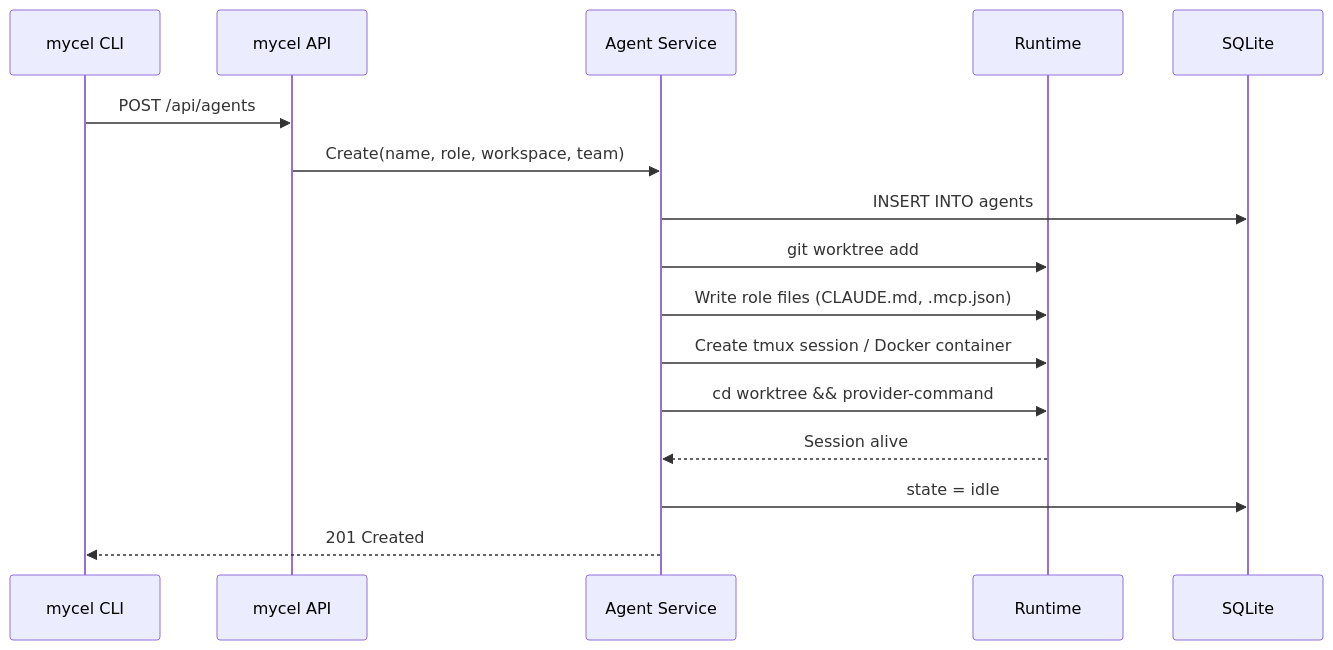
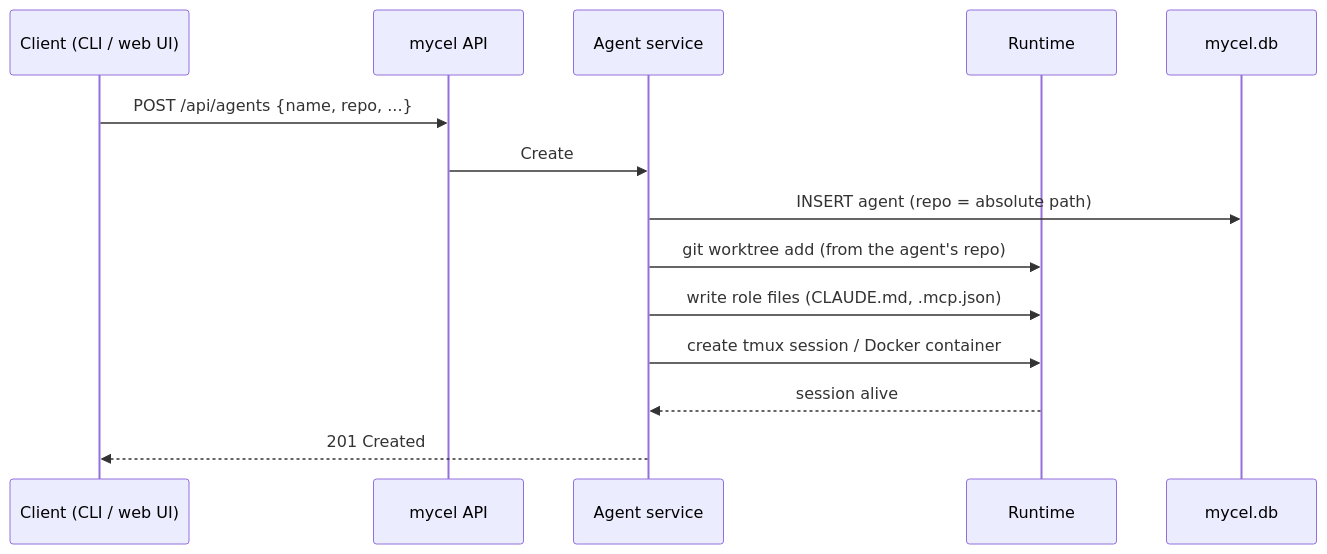
One commit to rpuneet/bc changed the second of 3 diagrams in docs/overview.md. Above: the diagram before and after it, drawn with Mermaid. The commit also changed other lines of this file and 24 other files, not shown here.

First line of the commit message:
docs: align every page with the repo-era architecture

````diff
--- a/docs/overview.md
+++ b/docs/overview.md
@@ -210,19 +130,17 @@
 ```mermaid
 sequenceDiagram
-    participant CLI as mycel CLI
+    participant C as Client (CLI / web UI)
     participant API as mycel API
-    participant Svc as Agent Service
+    participant Svc as Agent service
     participant RT as Runtime
-    participant DB as SQLite
+    participant DB as mycel.db
 
-    CLI->>API: POST /api/agents
-    API->>Svc: Create(name, role, workspace, team)
-    Svc->>DB: INSERT INTO agents
-    Svc->>RT: git worktree add
-    Svc->>RT: Write role files (CLAUDE.md, .mcp.json)
-    Svc->>RT: Create tmux session / Docker container
-    Svc->>RT: cd worktree && provider-command
-    RT-->>Svc: Session alive
-    Svc->>DB: state = idle
-    Svc-->>CLI: 201 Created
+    C->>API: POST /api/agents {name, repo, ...}
+    API->>Svc: Create
+    Svc->>DB: INSERT agent (repo = absolute path)
+    Svc->>RT: git worktree add (from the agent's repo)
+    Svc->>RT: write role files (CLAUDE.md, .mcp.json)
+    Svc->>RT: create tmux session / Docker container
+    RT-->>Svc: session alive
+    Svc-->>C: 201 Created
 ```
````
